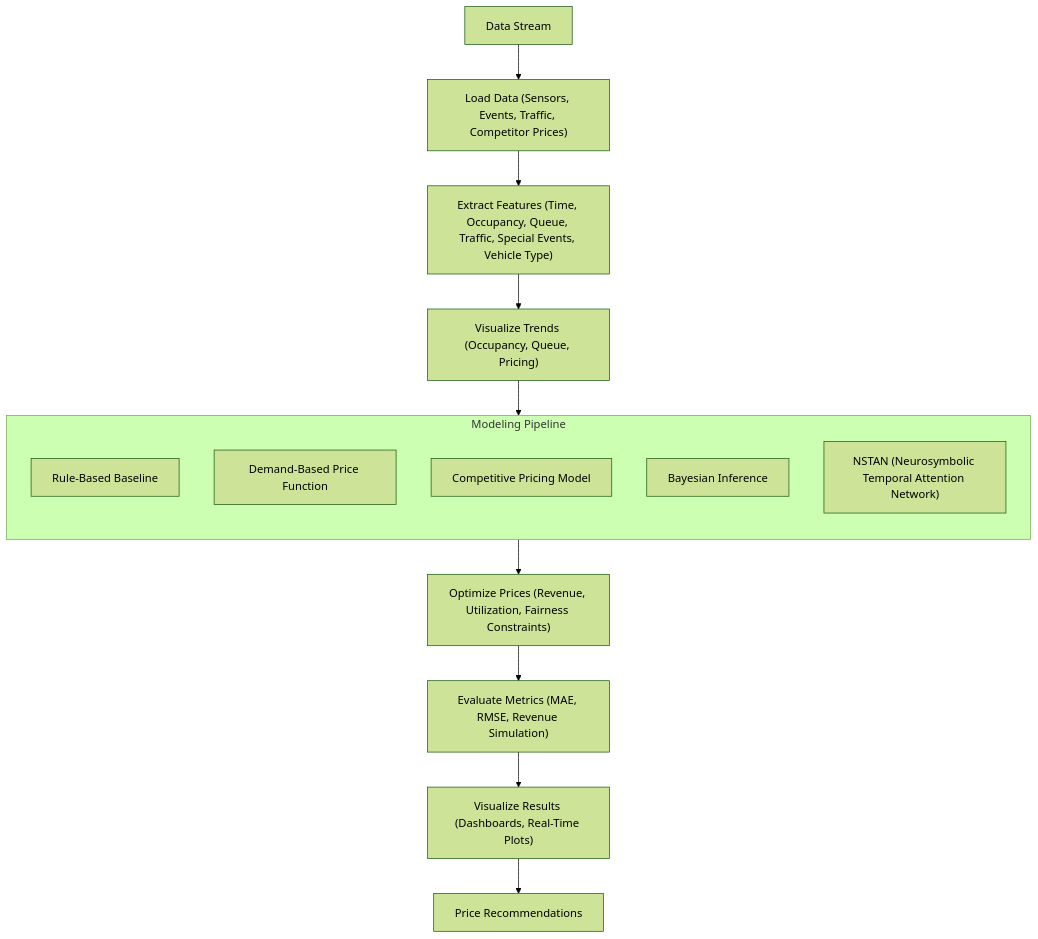
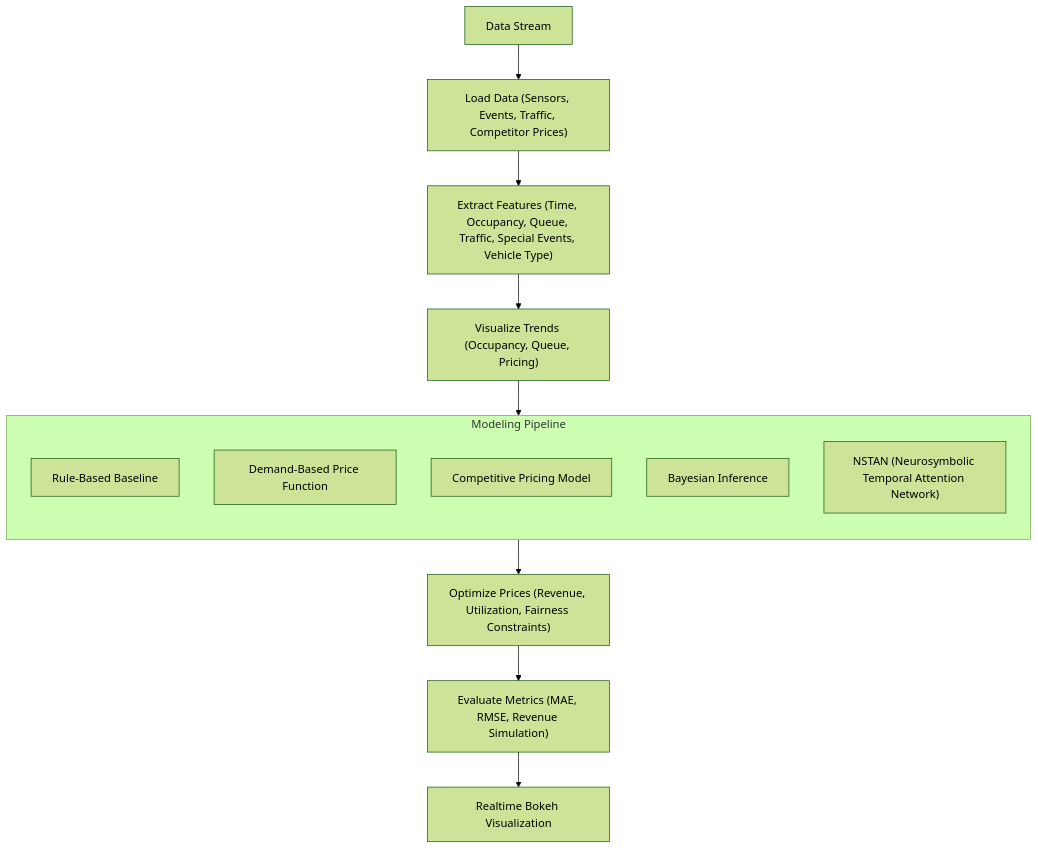
Before and after one commit to Radi8ion/SummerAnalytics2025: the diagram in README.md, drawn with Mermaid (forest theme).

````diff
--- a/README.md
+++ b/README.md
@@ -76,21 +76,20 @@
 ```mermaid
 flowchart TD
     Start["Data Stream"] --> DataIngestion["Load Data (Sensors, Events, Traffic, Competitor Prices)"]
     DataIngestion --> FeatureEngineering["Extract Features (Time, Occupancy, Queue, Traffic, Special Events, Vehicle Type)"]
     FeatureEngineering --> ExploratoryAnalysis["Visualize Trends (Occupancy, Queue, Pricing)"]
 
     subgraph ModelingLayer["Modeling Pipeline"]
         direction TB
         RuleBased["Rule-Based Baseline"]
         DemandBased["Demand-Based Price Function"]
         Competitive["Competitive Pricing Model"]
         Bayesian["Bayesian Inference"]
         NSTAN["NSTAN (Neurosymbolic Temporal Attention Network)"]
     end
 
     ExploratoryAnalysis --> ModelingLayer
     ModelingLayer --> Optimization["Optimize Prices (Revenue, Utilization, Fairness Constraints)"]
     Optimization --> Evaluation["Evaluate Metrics (MAE, RMSE, Revenue Simulation)"]
-    Evaluation --> Reporting["Visualize Results (Dashboards, Real-Time Plots)"]
-    Reporting --> Output["Price Recommendations"]
+    Evaluation --> Reporting["Realtime Bokeh Visualization"]
 ```
````
